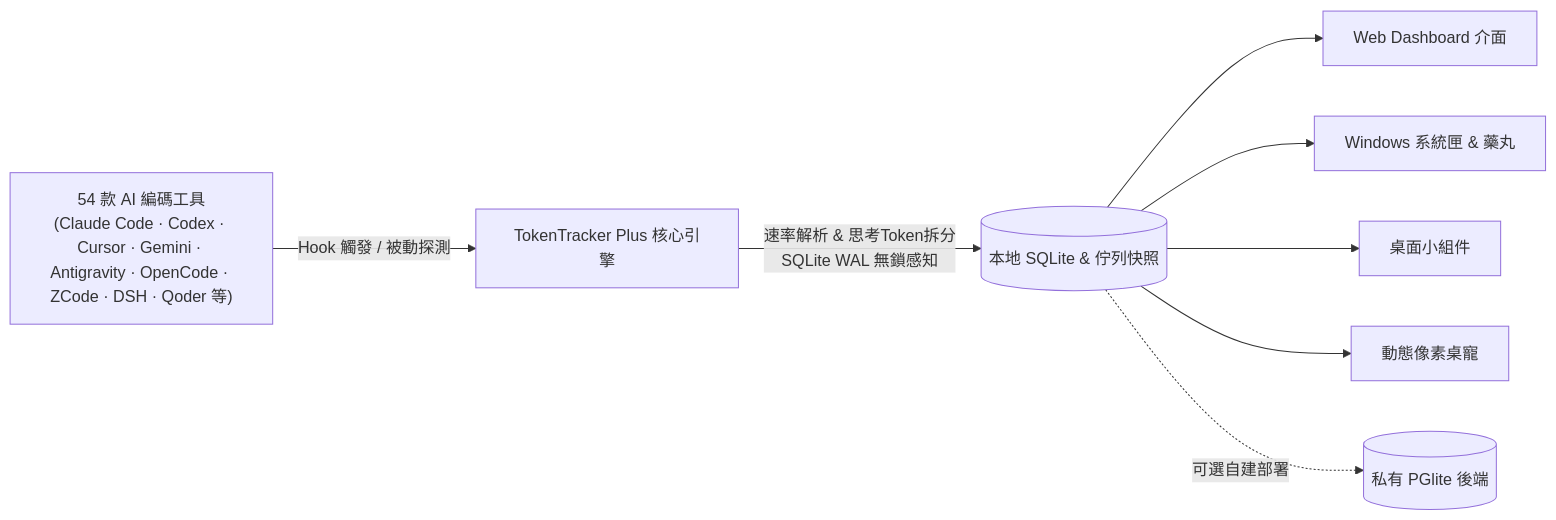
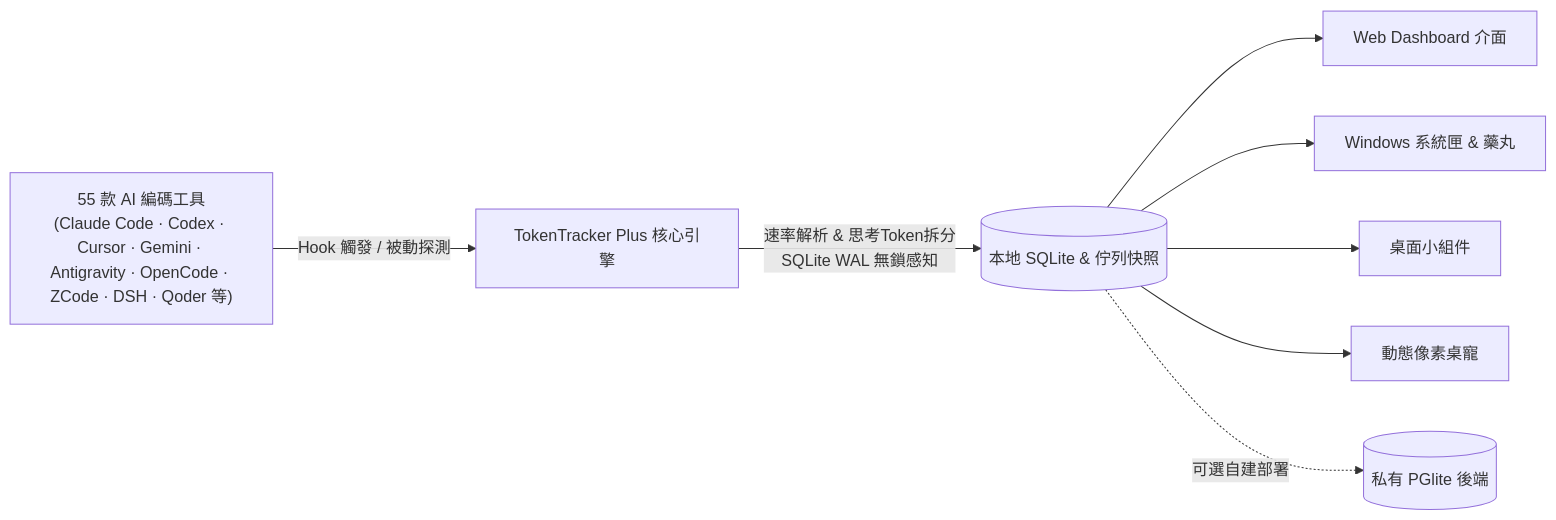
One commit to 01UNCLEDOG01/TokenTracker-Plus changed the diagram in README.zh-TW.md. Above: the diagram before and after it, drawn with Mermaid. The commit also changed other lines of this file and 17 other files, not shown here.

````diff
--- a/README.zh-TW.md
+++ b/README.zh-TW.md
@@ -213,10 +214,10 @@
 ```mermaid
 flowchart LR
-    A["54 款 AI 編碼工具<br/>(Claude Code · Codex · Cursor · Gemini · Antigravity · OpenCode · ZCode · DSH · Qoder 等)"] -->|Hook 觸發 / 被動探測| B[TokenTracker Plus 核心引擎]
+    A["55 款 AI 編碼工具<br/>(Claude Code · Codex · Cursor · Gemini · Antigravity · OpenCode · ZCode · DSH · Qoder 等)"] -->|Hook 觸發 / 被動探測| B[TokenTracker Plus 核心引擎]
     B -->|速率解析 & 思考Token拆分<br/>SQLite WAL 無鎖感知| C[(本地 SQLite & 佇列快照)]
     C --> D[Web Dashboard 介面]
     C --> E[Windows 系統匣 & 藥丸]
     C --> F[桌面小組件]
     C --> G[動態像素桌寵]
     C -.->|可選自建部署| H[(私有 PGlite 後端)]
 ```
````
